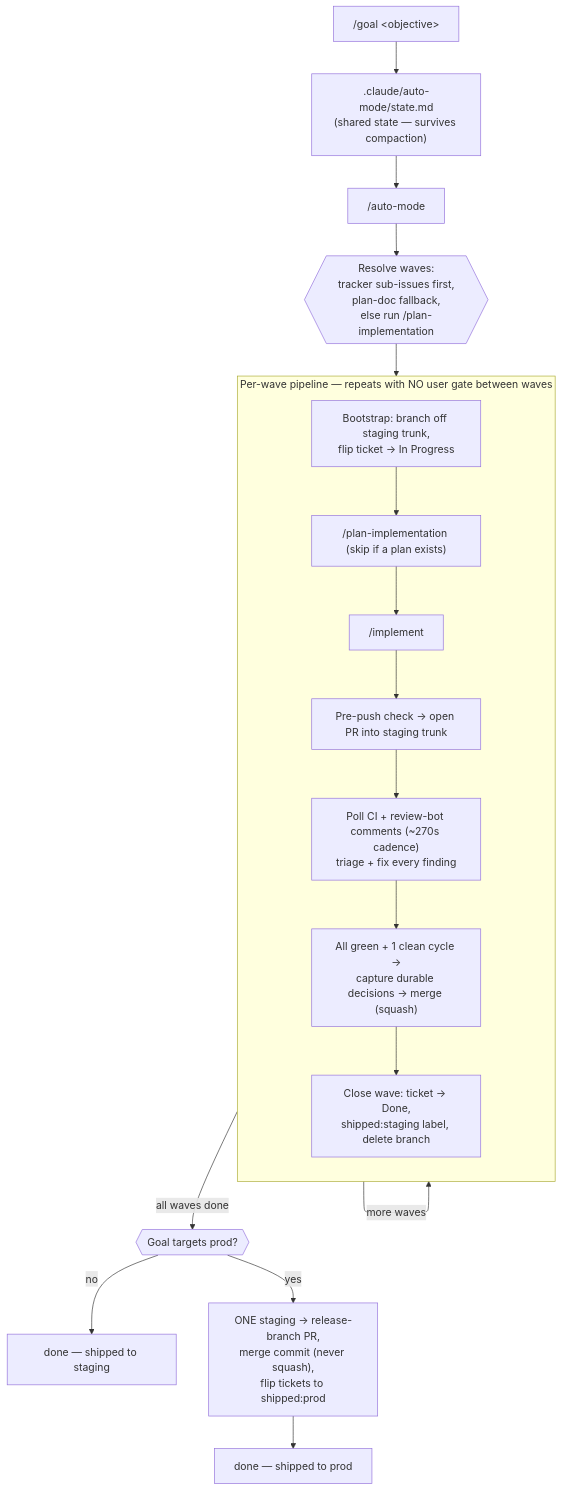
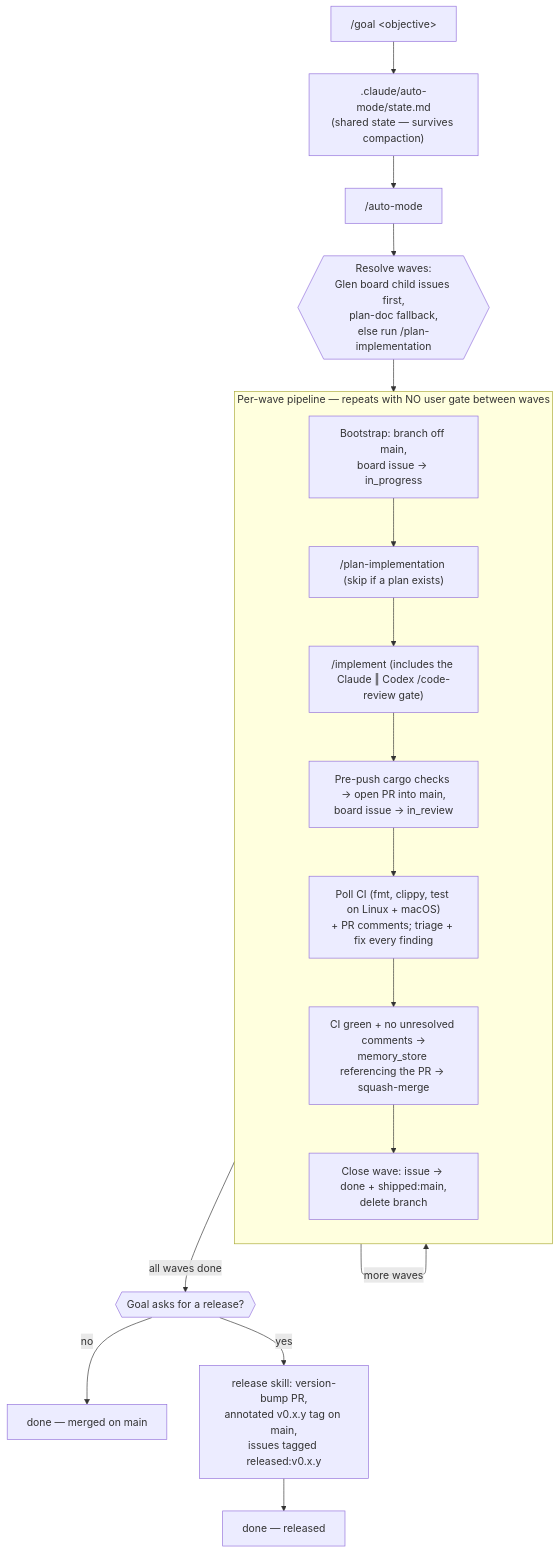
One commit to nodera-studio/glen changed the first of 2 diagrams in .claude/commands/README.md. Above: the diagram before and after it, drawn with Mermaid. The commit also changed other lines of this file and 88 other files, not shown here.

First line of the commit message:
chore: finish agent-os bootstrap for glen (#1)

````diff
--- a/.claude/commands/README.md
+++ b/.claude/commands/README.md
@@ -88,27 +81,27 @@
 ```mermaid
 flowchart TD
     G["/goal &lt;objective&gt;"] --> ST[".claude/auto-mode/state.md<br/>(shared state — survives compaction)"]
     ST --> AM["/auto-mode"]
 
-    AM --> RESOLVE{{"Resolve waves:<br/>tracker sub-issues first,<br/>plan-doc fallback,<br/>else run /plan-implementation"}}
+    AM --> RESOLVE{{"Resolve waves:<br/>Glen board child issues first,<br/>plan-doc fallback,<br/>else run /plan-implementation"}}
 
     RESOLVE --> WAVE
 
     subgraph WAVE["Per-wave pipeline — repeats with NO user gate between waves"]
         direction TB
-        W1["Bootstrap: branch off staging trunk,<br/>flip ticket → In Progress"]
+        W1["Bootstrap: branch off main,<br/>board issue → in_progress"]
         W2["/plan-implementation (skip if a plan exists)"]
-        W3["/implement"]
-        W4["Pre-push check → open PR into staging trunk"]
-        W5["Poll CI + review-bot comments (~270s cadence)<br/>triage + fix every finding"]
-        W6["All green + 1 clean cycle →<br/>capture durable decisions → merge (squash)"]
-        W7["Close wave: ticket → Done,<br/>shipped:staging label, delete branch"]
+        W3["/implement (includes the Claude ‖ Codex /code-review gate)"]
+        W4["Pre-push cargo checks → open PR into main,<br/>board issue → in_review"]
+        W5["Poll CI (fmt, clippy, test on Linux + macOS)<br/>+ PR comments; triage + fix every finding"]
+        W6["CI green + no unresolved comments →<br/>memory_store referencing the PR → squash-merge"]
+        W7["Close wave: issue → done + shipped:main,<br/>delete branch"]
         W1 --> W2 --> W3 --> W4 --> W5 --> W6 --> W7
     end
 
     WAVE -->|"more waves"| WAVE
-    WAVE -->|"all waves done"| DONE{{"Goal targets prod?"}}
-    DONE -->|no| FIN1["done — shipped to staging"]
-    DONE -->|yes| PROMO["ONE staging → release-branch PR,<br/>merge commit (never squash),<br/>flip tickets to shipped:prod"]
-    PROMO --> FIN2["done — shipped to prod"]
+    WAVE -->|"all waves done"| DONE{{"Goal asks for a release?"}}
+    DONE -->|no| FIN1["done — merged on main"]
+    DONE -->|yes| REL["release skill: version-bump PR,<br/>annotated v0.x.y tag on main,<br/>issues tagged released:v0.x.y"]
+    REL --> FIN2["done — released"]
 ```
````
